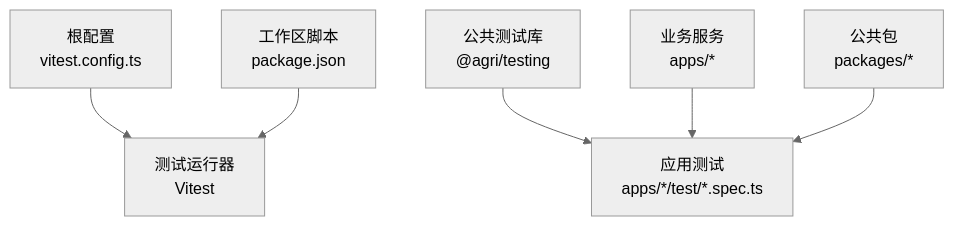
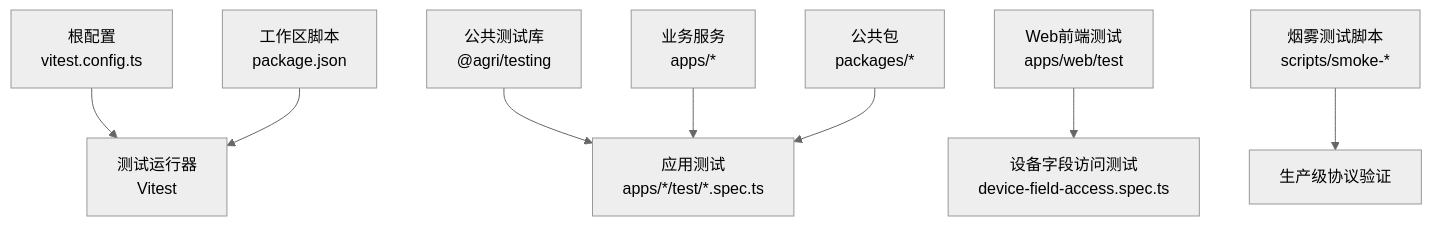
The first of 9 diagrams in .qoder/repowiki/zh/content/开发指南/微服务开发规范/测试策略.md (q446328246/agri-platform), drawn with Mermaid (neutral theme) before and after one commit. The commit also changed other lines of this file and 25 other files, not shown here.

````diff
--- a/.qoder/repowiki/zh/content/开发指南/微服务开发规范/测试策略.md
+++ b/.qoder/repowiki/zh/content/开发指南/微服务开发规范/测试策略.md
@@ -43,8 +55,10 @@
 ```mermaid
 graph TB
 A["根配置<br/>vitest.config.ts"] --> B["测试运行器<br/>Vitest"]
 C["工作区脚本<br/>package.json"] --> B
 D["公共测试库<br/>@agri/testing"] --> E["应用测试<br/>apps/*/test/*.spec.ts"]
 F["业务服务<br/>apps/*"] --> E
 G["公共包<br/>packages/*"] --> E
+H["Web前端测试<br/>apps/web/test"] --> I["设备字段访问测试<br/>device-field-access.spec.ts"]
+J["烟雾测试脚本<br/>scripts/smoke-*"] --> K["生产级协议验证"]
 ```
````
